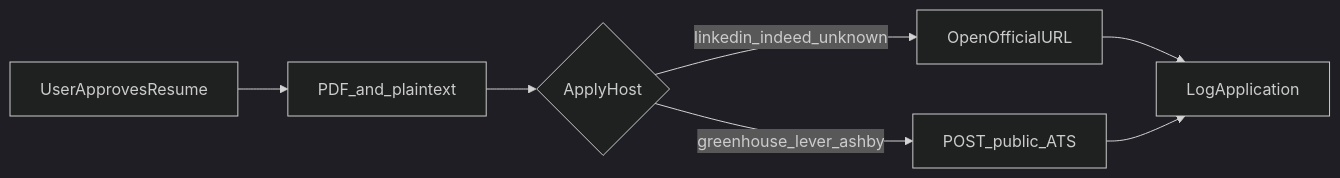
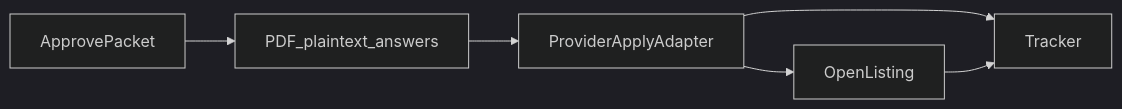
The third of 3 diagrams in docs/PLAN.md (nhermanhaus-cell/Job-Search-Bot), drawn with Mermaid (dark theme) before and after one commit. The commit also changed other lines of this file and 1 other file, not shown here.

First line of the commit message:
Revise plan: wide sources, live ingest, resume intake

````diff
--- a/docs/PLAN.md
+++ b/docs/PLAN.md
@@ -149,16 +243,14 @@
 ```mermaid
 flowchart LR
-  approve[UserApprovesResume]
-  packet[PDF_and_plaintext]
-  host{ApplyHost}
-  assisted[OpenOfficialURL]
-  atsPost[POST_public_ATS]
-  log[LogApplication]
+  approve[ApprovePacket]
+  packet[PDF_plaintext_answers]
+  adapter[ProviderApplyAdapter]
+  link[OpenListing]
+  log[Tracker]
 
   approve --> packet
-  packet --> host
-  host -->|linkedin_indeed_unknown| assisted
-  host -->|greenhouse_lever_ashby| atsPost
-  assisted --> log
-  atsPost --> log
+  packet --> adapter
+  adapter --> link
+  adapter --> log
+  link --> log
 ```
````
